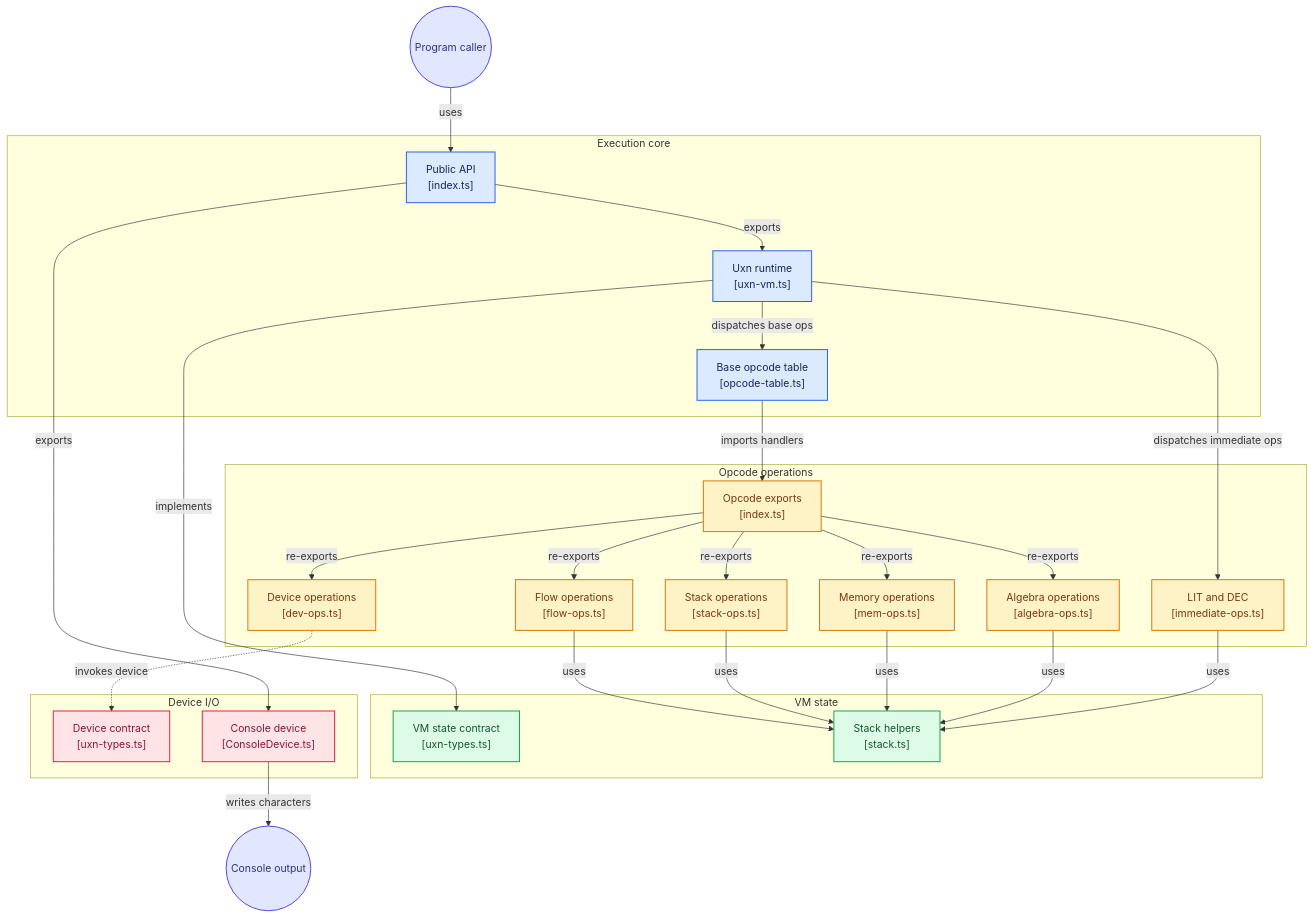
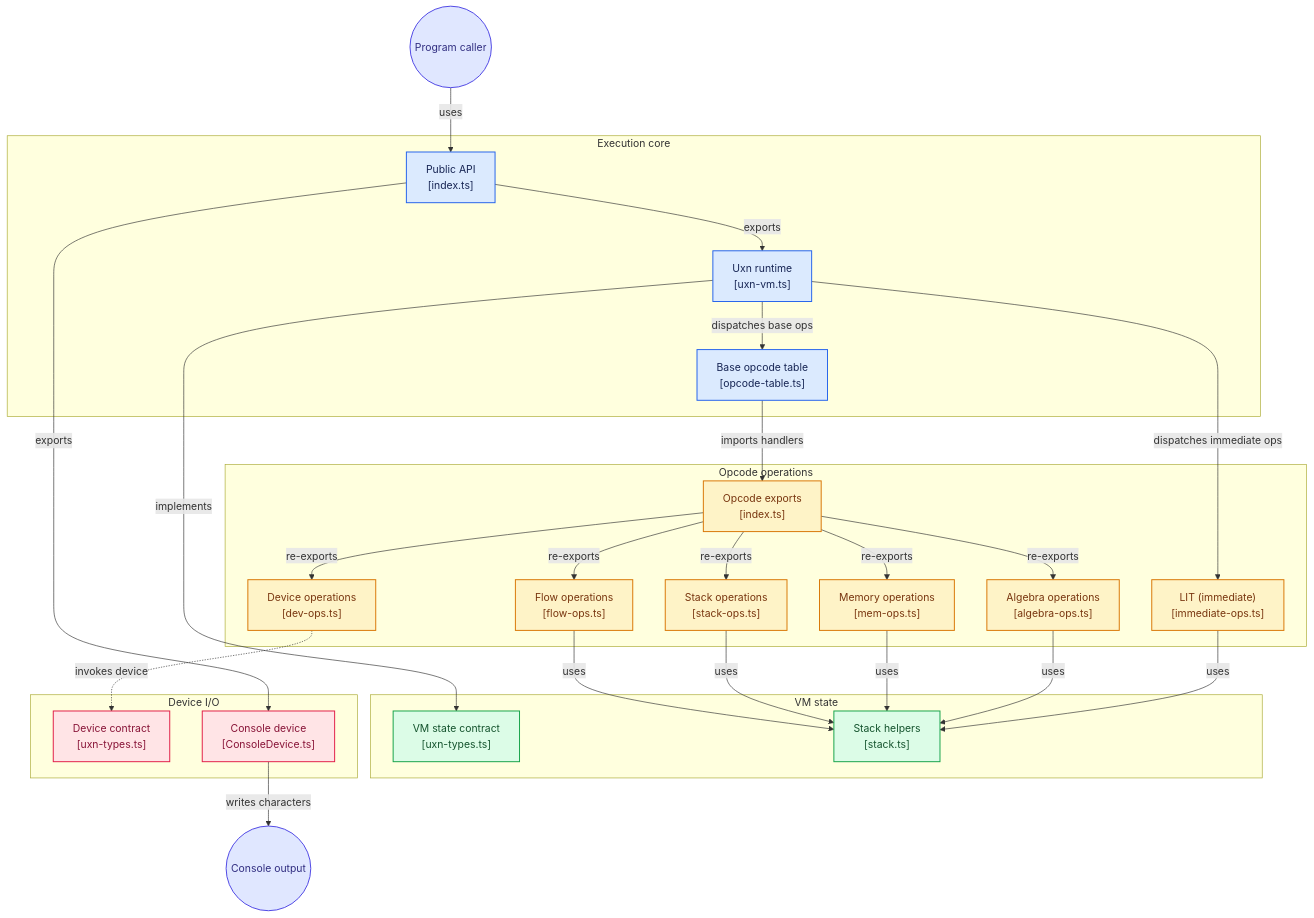
One commit to kichMan/vmjs changed the diagram in examples/README.md. Above: the diagram before and after it, drawn with Mermaid. The commit also changed other lines of this file and 18 other files, not shown here.

````diff
--- a/examples/README.md
+++ b/examples/README.md
@@ -323,82 +298,82 @@
 ```mermaid
 
 %% Generated by https://gitdiagram.com/kichman/vmjs
 flowchart TD
 
 subgraph group_execution["Execution core"]
   node_public_api["Public API<br/>[index.ts]"]
   node_vm["Uxn runtime<br/>[uxn-vm.ts]"]
   node_opcode_table["Base opcode table<br/>[opcode-table.ts]"]
 end
 
 subgraph group_operations["Opcode operations"]
-  node_immediate["LIT and DEC<br/>[immediate-ops.ts]"]
+  node_immediate["LIT (immediate)<br/>[immediate-ops.ts]"]
   node_opcode_exports["Opcode exports<br/>[index.ts]"]
   node_flow_ops["Flow operations<br/>[flow-ops.ts]"]
   node_stack_ops["Stack operations<br/>[stack-ops.ts]"]
   node_memory_ops["Memory operations<br/>[mem-ops.ts]"]
   node_algebra_ops["Algebra operations<br/>[algebra-ops.ts]"]
   node_device_ops["Device operations<br/>[dev-ops.ts]"]
 end
 
 subgraph group_state["VM state"]
   node_vm_state["VM state contract<br/>[uxn-types.ts]"]
   node_stack_helpers["Stack helpers<br/>[stack.ts]"]
 end
 
 subgraph group_devices["Device I/O"]
   node_device_contract["Device contract<br/>[uxn-types.ts]"]
   node_console_device["Console device<br/>[ConsoleDevice.ts]"]
 end
 
 node_caller(("Program caller"))
 node_external_output(("Console output"))
 
 node_caller -->|"uses"| node_public_api
 node_public_api -->|"exports"| node_vm
 node_public_api -->|"exports"| node_console_device
 node_vm -->|"dispatches base ops"| node_opcode_table
 node_vm -->|"dispatches immediate ops"| node_immediate
 node_opcode_table -->|"imports handlers"| node_opcode_exports
 node_opcode_exports -->|"re-exports"| node_flow_ops
 node_opcode_exports -->|"re-exports"| node_stack_ops
 node_opcode_exports -->|"re-exports"| node_memory_ops
 node_opcode_exports -->|"re-exports"| node_algebra_ops
 node_opcode_exports -->|"re-exports"| node_device_ops
 node_vm -->|"implements"| node_vm_state
 node_flow_ops -->|"uses"| node_stack_helpers
 node_stack_ops -->|"uses"| node_stack_helpers
 node_memory_ops -->|"uses"| node_stack_helpers
 node_algebra_ops -->|"uses"| node_stack_helpers
 node_immediate -->|"uses"| node_stack_helpers
 node_device_ops -.->|"invokes device"| node_device_contract
 node_console_device -->|"writes characters"| node_external_output
 
 click node_public_api "https://github.com/kichman/vmjs/blob/main/src/index.ts"
 click node_vm "https://github.com/kichman/vmjs/blob/main/src/uxn-vm.ts"
 click node_opcode_table "https://github.com/kichman/vmjs/blob/main/src/opcode-table.ts"
 click node_immediate "https://github.com/kichman/vmjs/blob/main/src/opcodes/immediate-ops.ts"
 click node_opcode_exports "https://github.com/kichman/vmjs/blob/main/src/opcodes/index.ts"
 click node_flow_ops "https://github.com/kichman/vmjs/blob/main/src/opcodes/flow-ops.ts"
 click node_stack_ops "https://github.com/kichman/vmjs/blob/main/src/opcodes/stack-ops.ts"
 click node_memory_ops "https://github.com/kichman/vmjs/blob/main/src/opcodes/mem-ops.ts"
 click node_algebra_ops "https://github.com/kichman/vmjs/blob/main/src/opcodes/algebra-ops.ts"
 click node_device_ops "https://github.com/kichman/vmjs/blob/main/src/opcodes/dev-ops.ts"
 click node_vm_state "https://github.com/kichman/vmjs/blob/main/src/uxn-types.ts"
 click node_stack_helpers "https://github.com/kichman/vmjs/blob/main/src/stack.ts"
 click node_device_contract "https://github.com/kichman/vmjs/blob/main/src/uxn-types.ts"
 click node_console_device "https://github.com/kichman/vmjs/blob/main/src/ConsoleDevice.ts"
 
 classDef toneNeutral fill:#f8fafc,stroke:#334155,stroke-width:1.5px,color:#0f172a
 classDef toneBlue fill:#dbeafe,stroke:#2563eb,stroke-width:1.5px,color:#172554
 classDef toneAmber fill:#fef3c7,stroke:#d97706,stroke-width:1.5px,color:#78350f
 classDef toneMint fill:#dcfce7,stroke:#16a34a,stroke-width:1.5px,color:#14532d
 classDef toneRose fill:#ffe4e6,stroke:#e11d48,stroke-width:1.5px,color:#881337
 classDef toneIndigo fill:#e0e7ff,stroke:#4f46e5,stroke-width:1.5px,color:#312e81
 classDef toneTeal fill:#ccfbf1,stroke:#0f766e,stroke-width:1.5px,color:#134e4a
 class node_public_api,node_vm,node_opcode_table toneBlue
 class node_immediate,node_opcode_exports,node_flow_ops,node_stack_ops,node_memory_ops,node_algebra_ops,node_device_ops toneAmber
 class node_vm_state,node_stack_helpers toneMint
 class node_device_contract,node_console_device toneRose
 class node_caller,node_external_output toneIndigo
 ```
````
